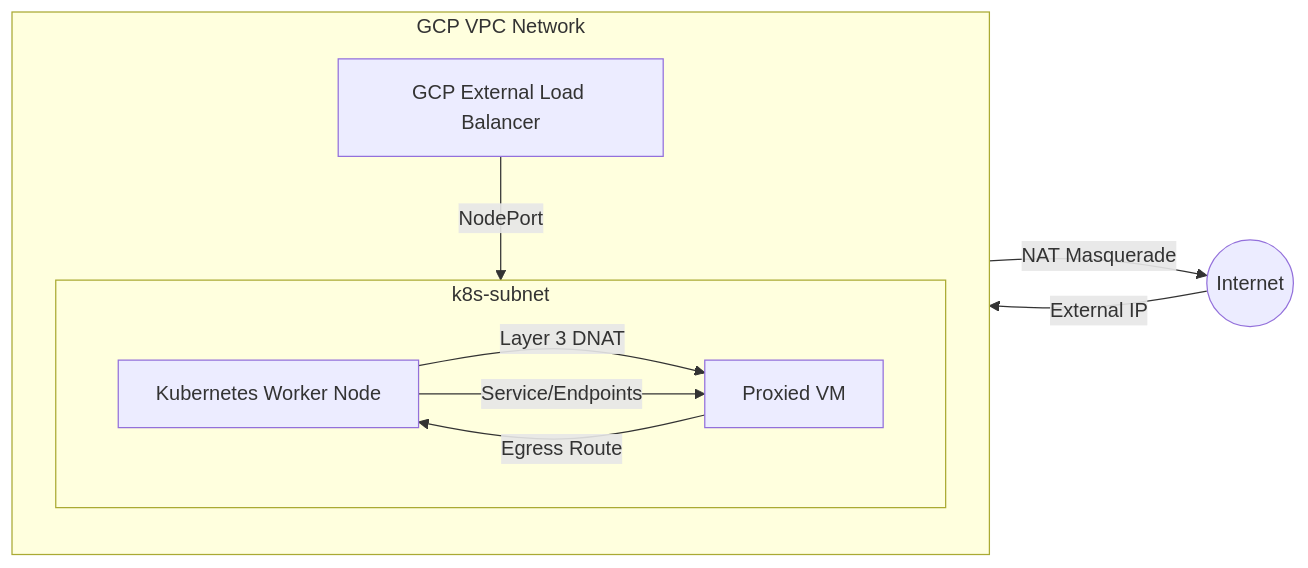
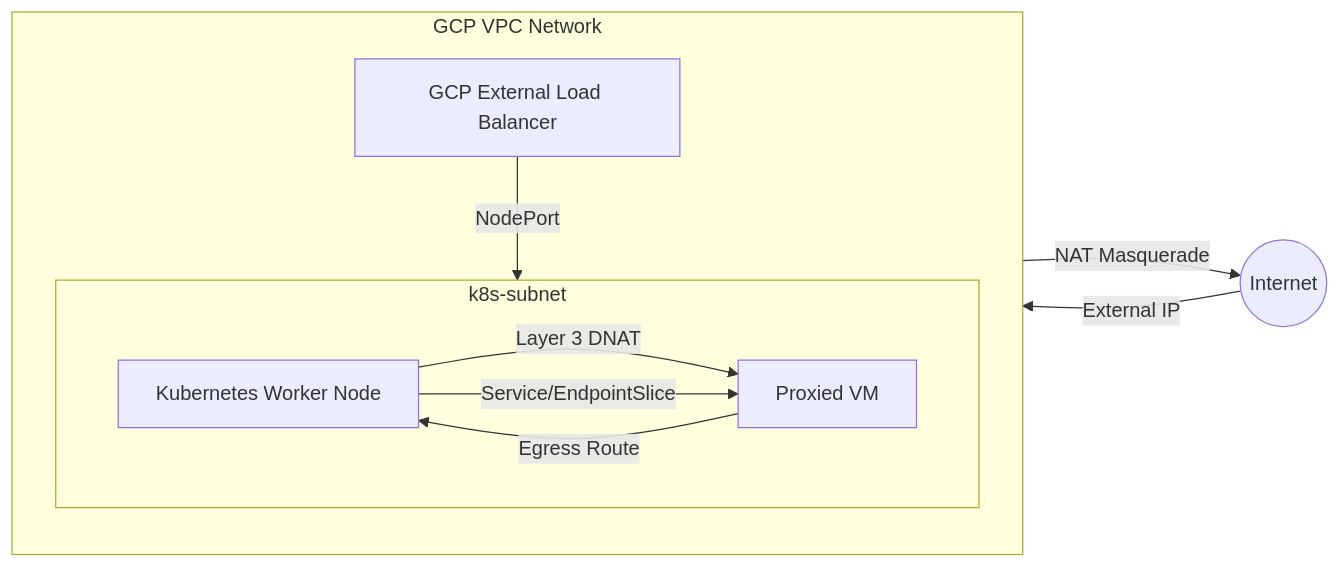
One commit to linde/gcp-k8s-isolated-vm changed the diagram in README.md. Above: the diagram before and after it, drawn with Mermaid. The commit also changed other lines of this file and 1 other file, not shown here.

Commit message:
moved to more updated approach for the endpoint

````diff
--- a/README.md
+++ b/README.md
@@ -16,26 +19,26 @@
 ```mermaid
 graph LR
     Internet((Internet))
 
     subgraph VPC [GCP VPC Network]
         direction TB
         GCP_LB[GCP External Load Balancer]
         subgraph Subnet [k8s-subnet]
             direction LR
             K8s_Node[Kubernetes Worker Node]
             Proxied_VM[Proxied VM]
         end
     end
 
     %% Inbound Traffic
     Internet -->|External IP| GCP_LB
     GCP_LB -->|NodePort| K8s_Node
     K8s_Node -->|Layer 3 DNAT| Proxied_VM
 
     %% Cluster Internal Traffic
-    K8s_Node -->|Service/Endpoints| Proxied_VM
+    K8s_Node -->|Service/EndpointSlice| Proxied_VM
 
     %% Outbound Traffic (Egress)
     Proxied_VM -->|Egress Route| K8s_Node
     K8s_Node -->|NAT Masquerade| Internet
 ```
````
